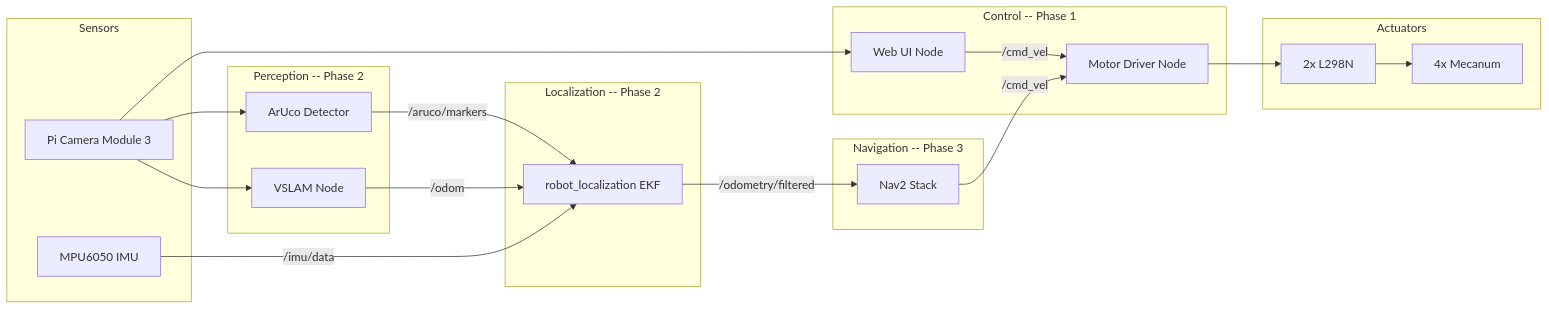
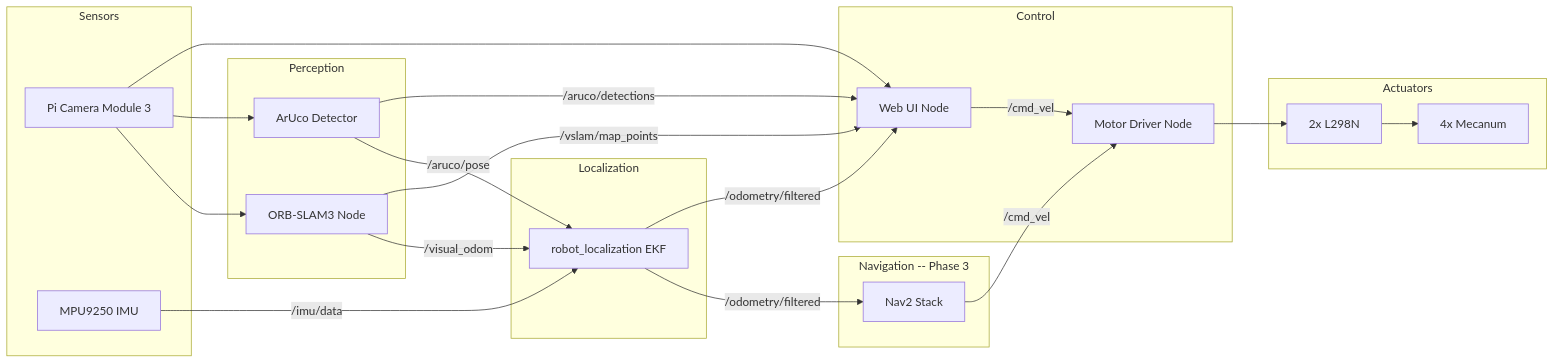
The diagram in src/delivery_robot/README.md (oglcn/ros2_ws), drawn with Mermaid before and after one commit. The commit also changed other lines of this file and 13 other files, not shown here.

Commit message:
Add localization stack: ORB-SLAM3, ArUco detection, EKF, web dashboard

````diff
--- a/src/delivery_robot/README.md
+++ b/src/delivery_robot/README.md
@@ -19,39 +19,42 @@
 ```mermaid
 graph LR
   subgraph sensors [Sensors]
     Cam["Pi Camera Module 3"]
-    IMU["MPU6050 IMU"]
+    IMU["MPU9250 IMU"]
   end
 
-  subgraph perception [Perception -- Phase 2]
-    VSLAM["VSLAM Node"]
+  subgraph perception [Perception]
+    VSLAM["ORB-SLAM3 Node"]
     Aruco["ArUco Detector"]
   end
 
-  subgraph localization [Localization -- Phase 2]
+  subgraph localization [Localization]
     EKF["robot_localization EKF"]
   end
 
   subgraph nav [Navigation -- Phase 3]
     Nav2["Nav2 Stack"]
   end
 
-  subgraph control [Control -- Phase 1]
+  subgraph control [Control]
     WebUI["Web UI Node"]
     MotorDrv["Motor Driver Node"]
   end
 
   subgraph actuators [Actuators]
     L298N["2x L298N"]
     Wheels["4x Mecanum"]
   end
 
-  Cam --> VSLAM -->|"/odom"| EKF
-  Cam --> Aruco -->|"/aruco/markers"| EKF
+  Cam --> VSLAM -->|"/visual_odom"| EKF
+  Cam --> Aruco -->|"/aruco/pose"| EKF
   IMU -->|"/imu/data"| EKF
   EKF -->|"/odometry/filtered"| Nav2
+  EKF -->|"/odometry/filtered"| WebUI
   Nav2 -->|"/cmd_vel"| MotorDrv
   WebUI -->|"/cmd_vel"| MotorDrv
   MotorDrv --> L298N --> Wheels
   Cam --> WebUI
+  VSLAM -->|"/vslam/map_points"| WebUI
+  Aruco -->|"/aruco/detections"| WebUI
 ```
````
